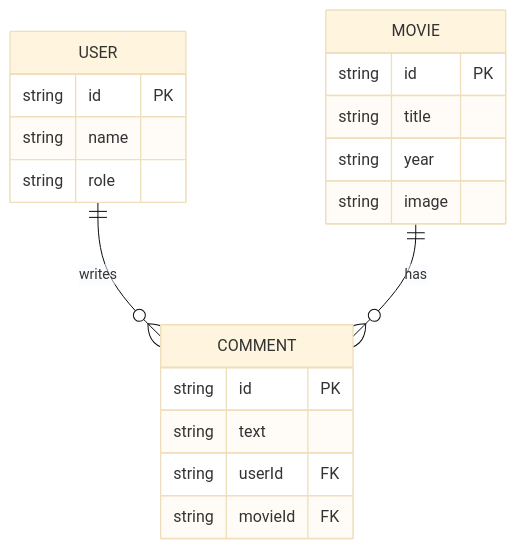
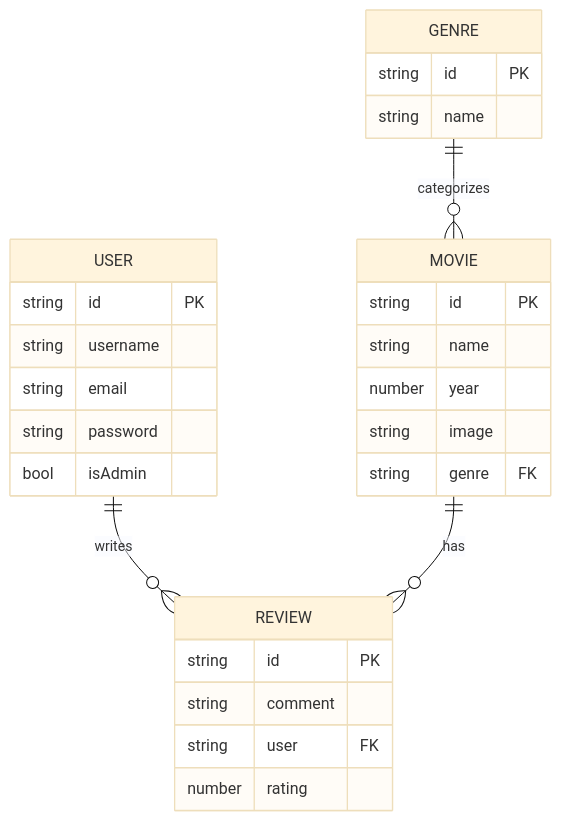
Before and after one commit to iamtomnotjerry/REACT.JS-19-MONSTER: the diagram in 22-fullstack-project/01-fullstack-dashboard.md, drawn with Mermaid (base theme). The commit also changed other lines of this file and 89 other files, not shown here.

````diff
--- a/22-fullstack-project/01-fullstack-dashboard.md
+++ b/22-fullstack-project/01-fullstack-dashboard.md
@@ -13,22 +37,30 @@
 ```mermaid
 erDiagram
-    USER ||--o{ COMMENT : writes
-    MOVIE ||--o{ COMMENT : has
+    USER ||--o{ REVIEW : writes
+    MOVIE ||--o{ REVIEW : has
+    GENRE ||--o{ MOVIE : categorizes
     USER {
         string id PK
-        string name
-        string role
+        string username
+        string email
+        string password
+        bool   isAdmin
     }
     MOVIE {
         string id PK
-        string title
-        string year
+        string name
+        number year
         string image
+        string genre FK
     }
-    COMMENT {
+    REVIEW {
         string id PK
-        string text
-        string userId FK
-        string movieId FK
+        string comment
+        string user FK
+        number rating
+    }
+    GENRE {
+        string id PK
+        string name
     }
 ```
````
